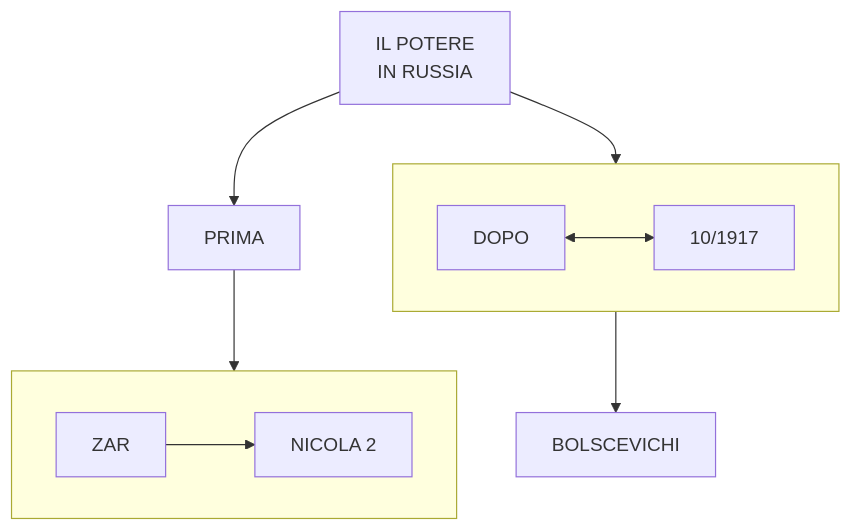
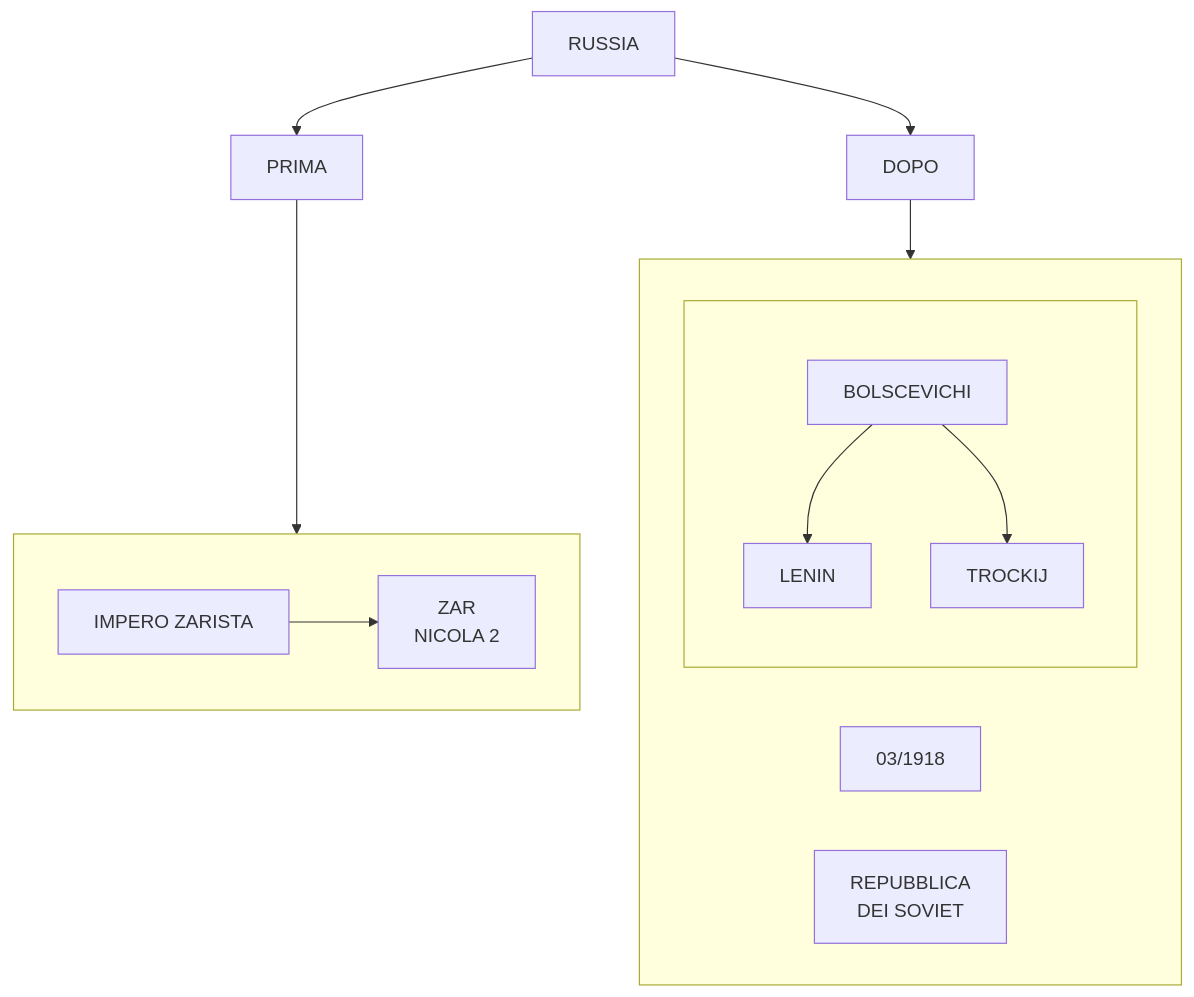
The diagram in stalinismo.md (Laaouatni/ricerca-storia-MermaidJS), drawn with Mermaid before and after one commit.

````diff
--- a/stalinismo.md
+++ b/stalinismo.md
@@ -1,19 +1,24 @@
 ```mermaid
 flowchart TB
-    0[IL POTERE <br> IN RUSSIA]
+    0[RUSSIA]
     01[PRIMA]
     subgraph 010[" "]
-        0100[ZAR]
-        01000[NICOLA 2]
+        0100[IMPERO ZARISTA]
+        01000[ZAR<br>NICOLA 2]
         0100 --> 01000
     end
-    subgraph 02[" "]
-        020[DOPO]
-        0200[10/1917]
-        020 <--> 0200
+    02[DOPO]
+    subgraph 020[" "]
+        0200[03/1918]
+        02000[REPUBBLICA <br> DEI SOVIET]
+        subgraph 021[" "]
+            0210[BOLSCEVICHI]
+            02100[LENIN]
+            02101[TROCKIJ]
+            0210 --> 02100 & 02101
+        end
     end
-    021[BOLSCEVICHI]
     0 --> 01 & 02
     01 --> 010
-    02 --> 021
+    02 --> 020
 ```
````
